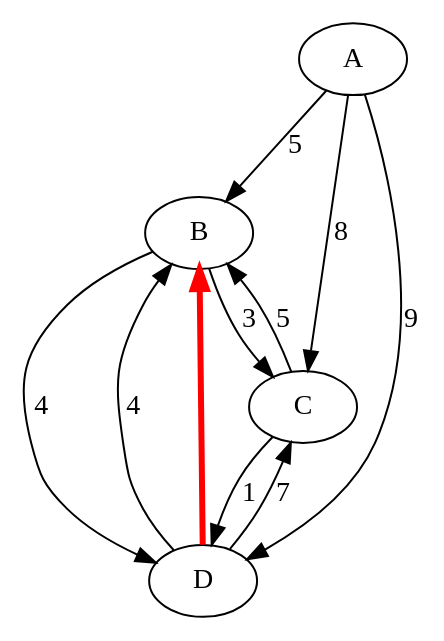
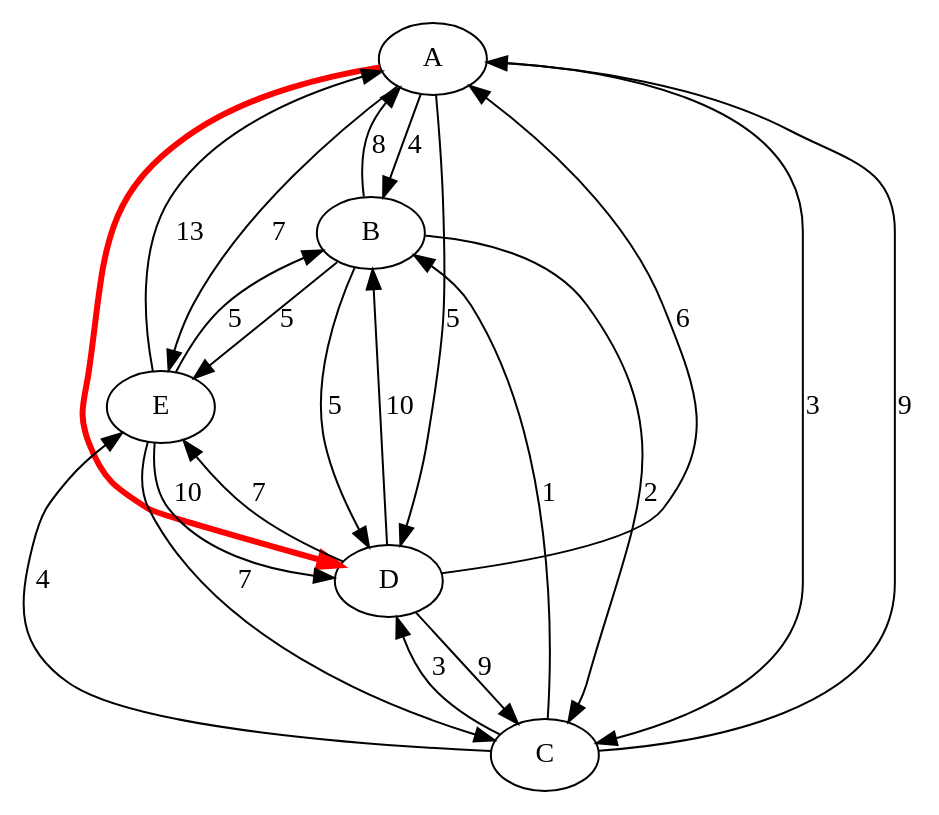
The diagram in proyecto1/P1Lis/grafo.dot (bryanjimenezchacon/IO-Proyectos), drawn with Graphviz before and after one commit. The commit also changed 6 other files, not shown here.

```diff
--- a/proyecto1/P1Lis/grafo.dot
+++ b/proyecto1/P1Lis/grafo.dot
@@ -1,12 +1,23 @@
 digraph G {
-	A -> B[label="5"];
-	A -> C[label="8"];
-	A -> D[label="9"];
-	B -> C[label="3"];
-	B -> D[label="4"];
-	C -> B[label="5"];
-	C -> D[label="1"];
-	D -> B[label="4"];
-	D -> C[label="7"];
-	D -> B[color=red, penwidth=3.0];
+	A -> B[label="4"];
+	A -> C[label="3"];
+	A -> D[label="5"];
+	A -> E[label="7"];
+	B -> A[label="8"];
+	B -> C[label="2"];
+	B -> D[label="5"];
+	B -> E[label="5"];
+	C -> A[label="9"];
+	C -> B[label="1"];
+	C -> D[label="3"];
+	C -> E[label="4"];
+	D -> A[label="6"];
+	D -> B[label="10"];
+	D -> C[label="9"];
+	D -> E[label="7"];
+	E -> A[label="13"];
+	E -> B[label="5"];
+	E -> C[label="7"];
+	E -> D[label="10"];
+	A -> D[color=red, penwidth=3.0];
 }
```
